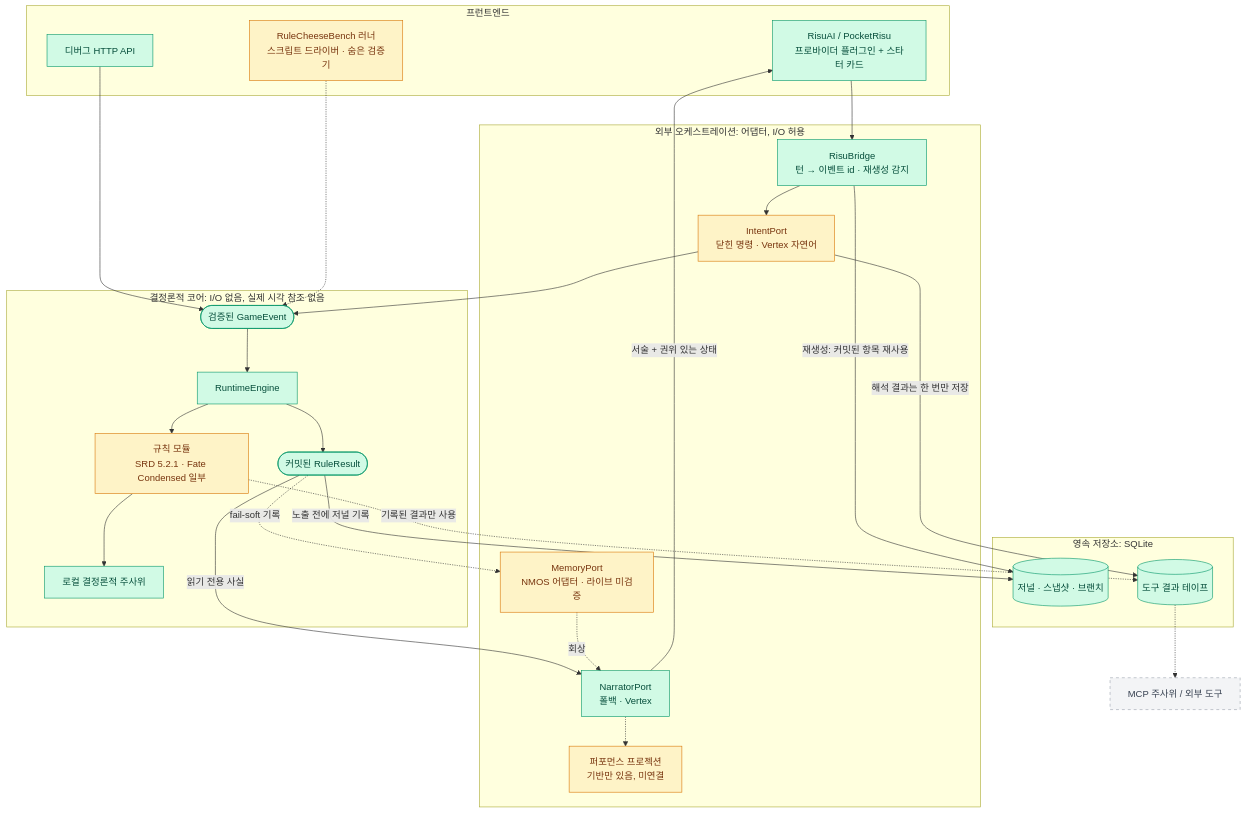
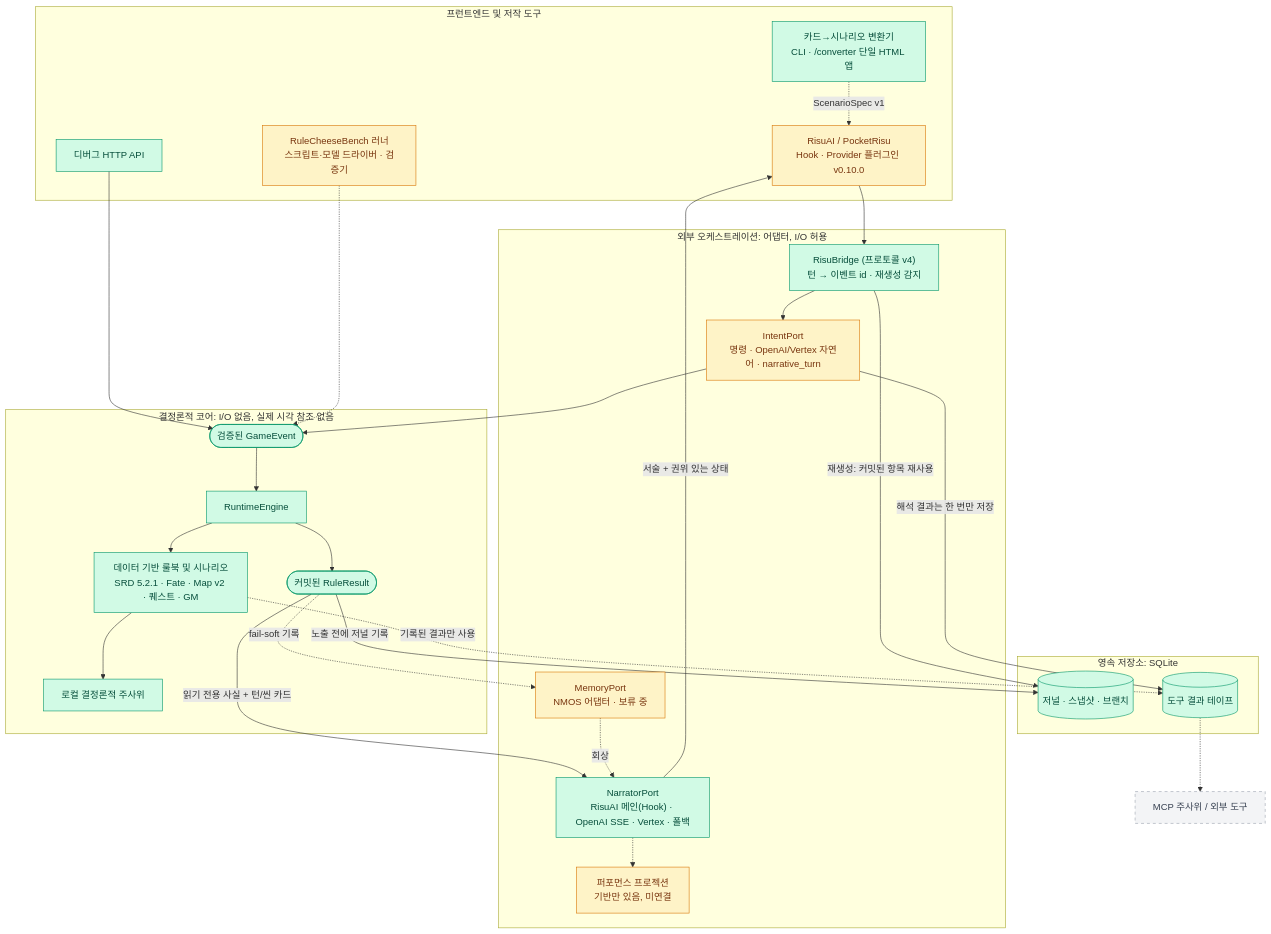
The first of 2 diagrams in README.ko.md (Sallos725/SAGA), drawn with Mermaid before and after one commit. The commit also changed other lines of this file and 15 other files, not shown here.

````diff
--- a/README.ko.md
+++ b/README.ko.md
@@ -32,51 +41,53 @@
 ```mermaid
 flowchart TD
-    subgraph FE["프런트엔드"]
-        risu["RisuAI / PocketRisu<br/>프로바이더 플러그인 + 스타터 카드"]:::done
+    subgraph FE["프런트엔드 및 저작 도구"]
+        risu["RisuAI / PocketRisu<br/>Hook · Provider 플러그인 v0.10.0"]:::partial
+        conv["카드→시나리오 변환기<br/>CLI · /converter 단일 HTML 앱"]:::done
         http["디버그 HTTP API"]:::done
-        bench["RuleCheeseBench 러너<br/>스크립트 드라이버 · 숨은 검증기"]:::partial
+        bench["RuleCheeseBench 러너<br/>스크립트·모델 드라이버 · 검증기"]:::partial
     end
 
     subgraph OUT["외부 오케스트레이션: 어댑터, I/O 허용"]
-        bridge["RisuBridge<br/>턴 → 이벤트 id · 재생성 감지"]:::done
-        intent["IntentPort<br/>닫힌 명령 · Vertex 자연어"]:::partial
-        narr["NarratorPort<br/>폴백 · Vertex"]:::done
-        mem["MemoryPort<br/>NMOS 어댑터 · 라이브 미검증"]:::partial
+        bridge["RisuBridge (프로토콜 v4)<br/>턴 → 이벤트 id · 재생성 감지"]:::done
+        intent["IntentPort<br/>명령 · OpenAI/Vertex 자연어 · narrative_turn"]:::partial
+        narr["NarratorPort<br/>RisuAI 메인(Hook) · OpenAI SSE · Vertex · 폴백"]:::done
+        mem["MemoryPort<br/>NMOS 어댑터 · 보류 중"]:::partial
         perf["퍼포먼스 프로젝션<br/>기반만 있음, 미연결"]:::partial
     end
 
     subgraph CORE["결정론적 코어: I/O 없음, 실제 시각 참조 없음"]
         event(["검증된 GameEvent"]):::done
         engine["RuntimeEngine"]:::done
-        rules["규칙 모듈<br/>SRD 5.2.1 · Fate Condensed 일부"]:::partial
+        rules["데이터 기반 룰북 및 시나리오<br/>SRD 5.2.1 · Fate · Map v2 · 퀘스트 · GM"]:::done
         dice["로컬 결정론적 주사위"]:::done
         result(["커밋된 RuleResult"]):::done
     end
 
     subgraph STORE["영속 저장소: SQLite"]
         journal[("저널 · 스냅샷 · 브랜치")]:::done
         tape[("도구 결과 테이프")]:::done
     end
 
     mcp["MCP 주사위 / 외부 도구"]:::planned
 
+    conv -. "ScenarioSpec v1" .-> risu
     risu --> bridge --> intent --> event
     http --> event
     bench -.-> event
     event --> engine --> rules --> dice
     engine --> result
     result -- "노출 전에 저널 기록" --> journal
     intent -- "해석 결과는 한 번만 저장" --> tape
     rules -. "기록된 결과만 사용" .-> tape
     tape -.-> mcp
     bridge -- "재생성: 커밋된 항목 재사용" --> journal
-    result -- "읽기 전용 사실" --> narr
+    result -- "읽기 전용 사실 + 턴/씬 카드" --> narr
     narr -- "서술 + 권위 있는 상태" --> risu
     result -. "fail-soft 기록" .-> mem
     mem -. "회상" .-> narr
     narr -.-> perf
 
     classDef done fill:#d1fae5,stroke:#059669,color:#064e3b
     classDef partial fill:#fef3c7,stroke:#d97706,color:#78350f
     classDef planned fill:#f3f4f6,stroke:#9ca3af,color:#374151,stroke-dasharray: 5 5
 ```
````
